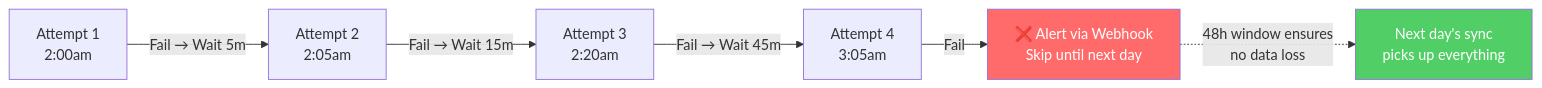
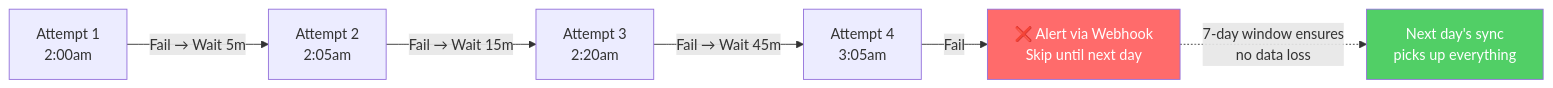
The third of 3 diagrams in README.md (romanesmatt/up-to-actual), drawn with Mermaid before and after one commit. The commit also changed other lines of this file and 12 other files, not shown here.

````diff
--- a/README.md
+++ b/README.md
@@ -104,11 +104,11 @@
 ```mermaid
 flowchart LR
     A["Attempt 1\n2:00am"] -->|"Fail → Wait 5m"| B["Attempt 2\n2:05am"]
     B -->|"Fail → Wait 15m"| C["Attempt 3\n2:20am"]
     C -->|"Fail → Wait 45m"| D["Attempt 4\n3:05am"]
     D -->|"Fail"| E["❌ Alert via Webhook\nSkip until next day"]
-    E -.->|"48h window ensures\nno data loss"| F["Next day's sync\npicks up everything"]
+    E -.->|"7-day window ensures\nno data loss"| F["Next day's sync\npicks up everything"]
 
     style E fill:#ff6b6b,color:#fff
     style F fill:#51cf66,color:#fff
 ```
````
